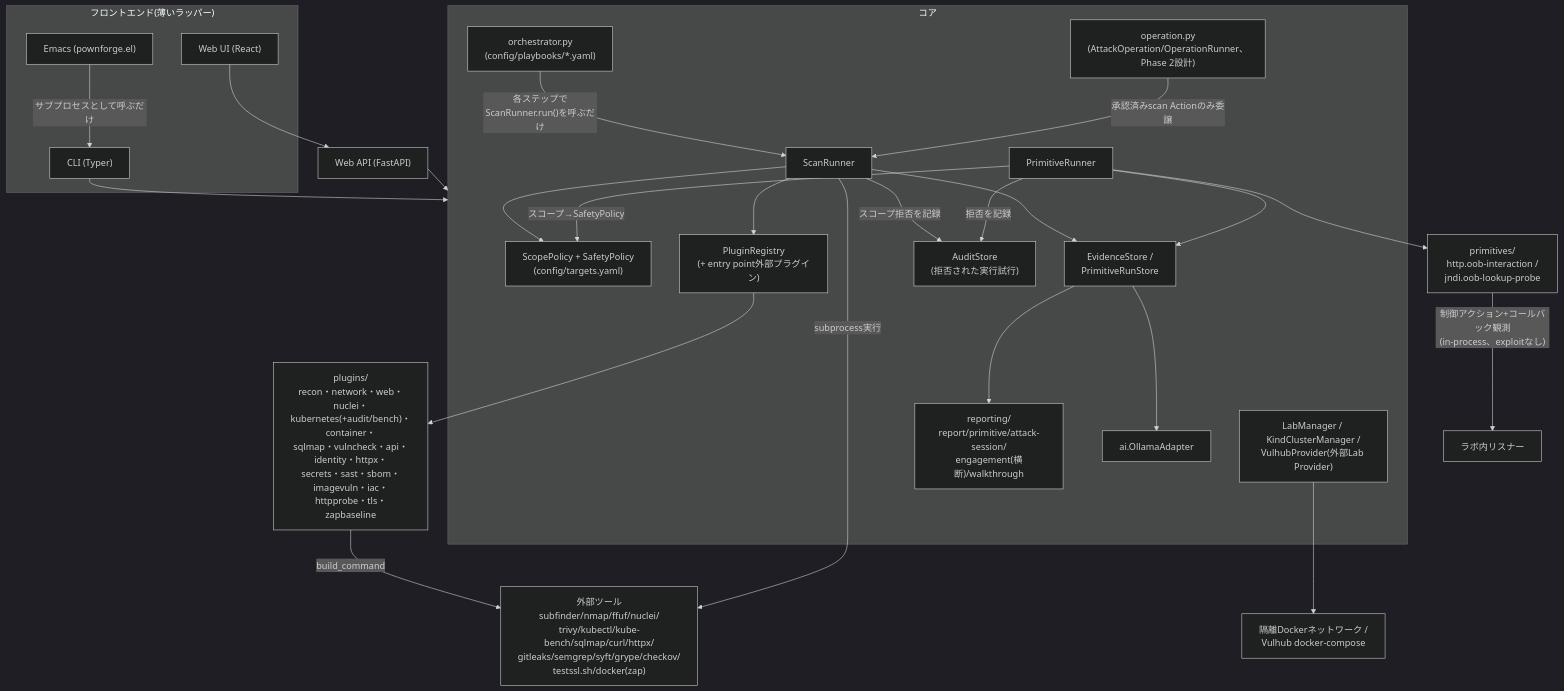
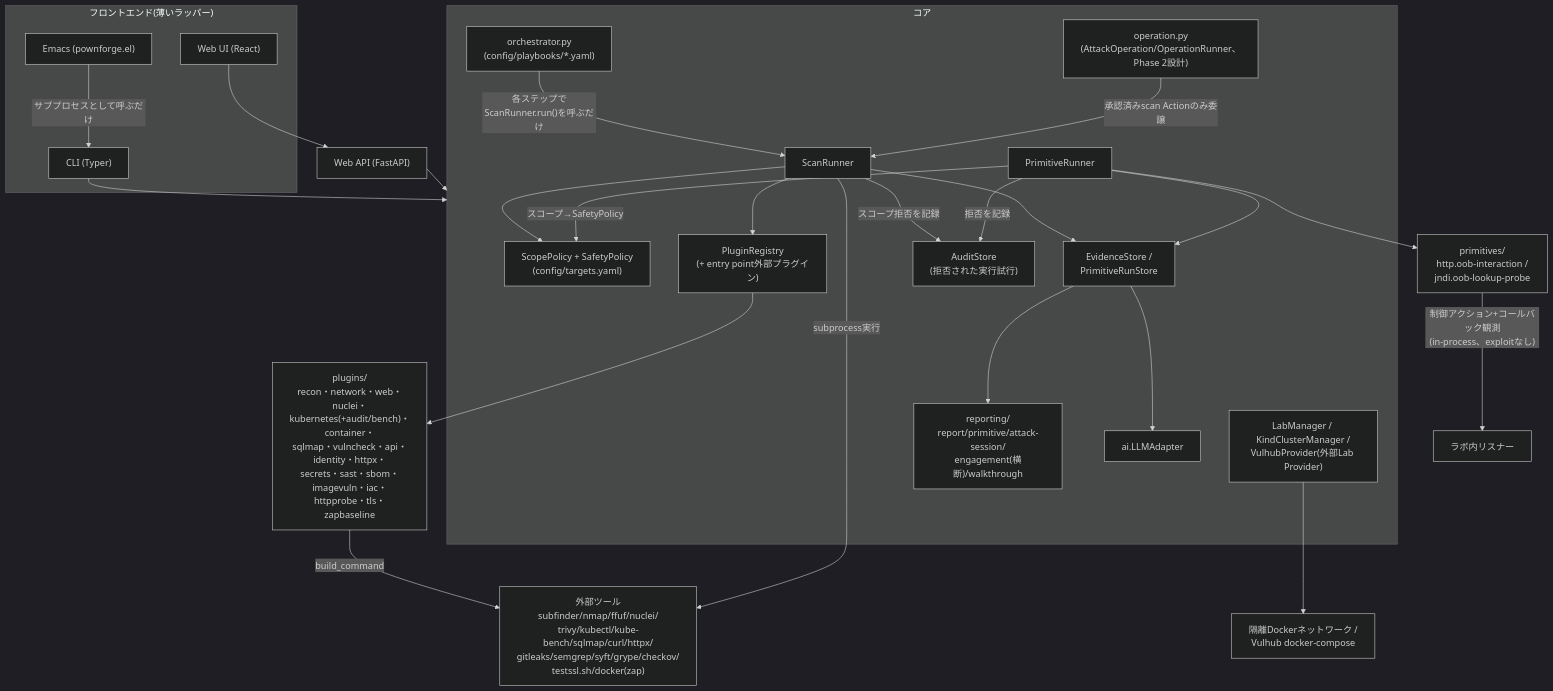
Before and after one commit to ac1965/PownForge: the first of 6 diagrams in docs/handbook.md, drawn with Mermaid (dark theme). The commit also changed other lines of this file and 13 other files, not shown here.

First line of the commit message:
refactor(ai): OllamaAdapter/OllamaErrorをLLMAdapter/LLMErrorへ改名

````diff
--- a/docs/handbook.md
+++ b/docs/handbook.md
@@ -57,46 +57,46 @@
 ```mermaid
 graph TD
     subgraph FrontEnds["フロントエンド(薄いラッパー)"]
         CLI["CLI (Typer)"]
         WebUI["Web UI (React)"]
         Emacs["Emacs (pownforge.el)"]
     end
     WebAPI["Web API (FastAPI)"]
 
     CLI --> Core
     WebUI --> WebAPI
     WebAPI --> Core
     Emacs -- "サブプロセスとして呼ぶだけ" --> CLI
 
     subgraph Core["コア"]
         Policy["ScopePolicy + SafetyPolicy<br/>(config/targets.yaml)"]
         Registry["PluginRegistry<br/>(+ entry point外部プラグイン)"]
         Runner["ScanRunner"]
         PrimRunner["PrimitiveRunner"]
         Orchestrator["orchestrator.py<br/>(config/playbooks/*.yaml)"]
         Operation["operation.py<br/>(AttackOperation/OperationRunner、Phase 2設計)"]
         Lab["LabManager / KindClusterManager /<br/>VulhubProvider(外部Lab Provider)"]
         Evidence["EvidenceStore /<br/>PrimitiveRunStore"]
         Audit["AuditStore<br/>(拒否された実行試行)"]
         Reporting["reporting/<br/>report/primitive/attack-session/<br/>engagement(横断)/walkthrough"]
-        AI["ai.OllamaAdapter"]
+        AI["ai.LLMAdapter"]
     end
 
     Runner --> Policy
     Runner --> Registry
     Runner --> Evidence
     Runner -- "スコープ拒否を記録" --> Audit
     PrimRunner -- "スコープ→SafetyPolicy" --> Policy
     PrimRunner --> Primitives["primitives/<br/>http.oob-interaction /<br/>jndi.oob-lookup-probe"]
     PrimRunner --> Evidence
     PrimRunner -- "拒否を記録" --> Audit
     Orchestrator -- "各ステップでScanRunner.run()を呼ぶだけ" --> Runner
     Operation -- "承認済みscan Actionのみ委譲" --> Runner
     Registry --> Plugins["plugins/<br/>recon・network・web・nuclei・<br/>kubernetes(+audit/bench)・container・<br/>sqlmap・vulncheck・api・identity・httpx・<br/>secrets・sast・sbom・imagevuln・iac・<br/>httpprobe・tls・zapbaseline"]
     Plugins -- "build_command" --> ExtTools["外部ツール<br/>subfinder/nmap/ffuf/nuclei/<br/>trivy/kubectl/kube-bench/sqlmap/curl/httpx/<br/>gitleaks/semgrep/syft/grype/checkov/<br/>testssl.sh/docker(zap)"]
     Runner -- "subprocess実行" --> ExtTools
     Primitives -- "制御アクション+コールバック観測<br/>(in-process、exploitなし)" --> LabNet["ラボ内リスナー"]
     Evidence --> Reporting
     Evidence --> AI
     Lab --> Docker["隔離Dockerネットワーク /<br/>Vulhub docker-compose"]
 ```
````
